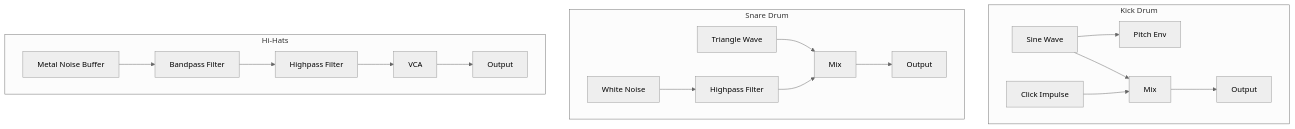
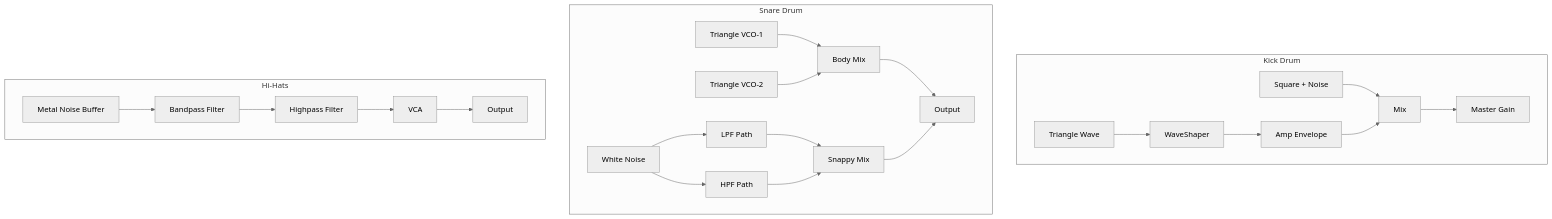
The second of 3 diagrams in SYNTH_ARCHITECTURE.md (acidsound/acidBros), drawn with Mermaid (neutral theme) before and after one commit. The commit also changed other lines of this file and 13 other files, not shown here.

````diff
--- a/SYNTH_ARCHITECTURE.md
+++ b/SYNTH_ARCHITECTURE.md
@@ -71,23 +71,28 @@
 ```mermaid
 graph TD
     subgraph Kick Drum
-    K_OSC[Sine Wave] --> K_PITCH[Pitch Env]
-    K_CLICK[Click Impulse] --> K_MIX[Mix]
-    K_OSC --> K_MIX
-    K_MIX --> K_OUT[Output]
+    K_OSC[Triangle Wave] --> K_SHAPER[WaveShaper]
+    K_SHAPER --> K_ENV[Amp Envelope]
+    K_CLICK[Square + Noise] --> K_MIX[Mix]
+    K_ENV --> K_MIX
+    K_MIX --> K_OUT[Master Gain]
     end
 
     subgraph Snare Drum
-    S_TONE[Triangle Wave] --> S_MIX[Mix]
-    S_NOISE[White Noise] --> S_HPF[Highpass Filter]
-    S_HPF --> S_MIX
+    S_OSC1[Triangle VCO-1] --> S_MIX[Body Mix]
+    S_OSC2[Triangle VCO-2] --> S_MIX
+    S_NOISE[White Noise] --> S_LPF[LPF Path]
+    S_NOISE --> S_HPF[HPF Path]
+    S_LPF --> S_SNAP[Snappy Mix]
+    S_HPF --> S_SNAP
     S_MIX --> S_OUT[Output]
+    S_SNAP --> S_OUT
     end
 
     subgraph Hi-Hats
     H_METAL[Metal Noise Buffer] --> H_BPF[Bandpass Filter]
     H_BPF --> H_HPF[Highpass Filter]
     H_HPF --> H_VCA[VCA]
     H_VCA --> H_OUT[Output]
     end
 ```
````
